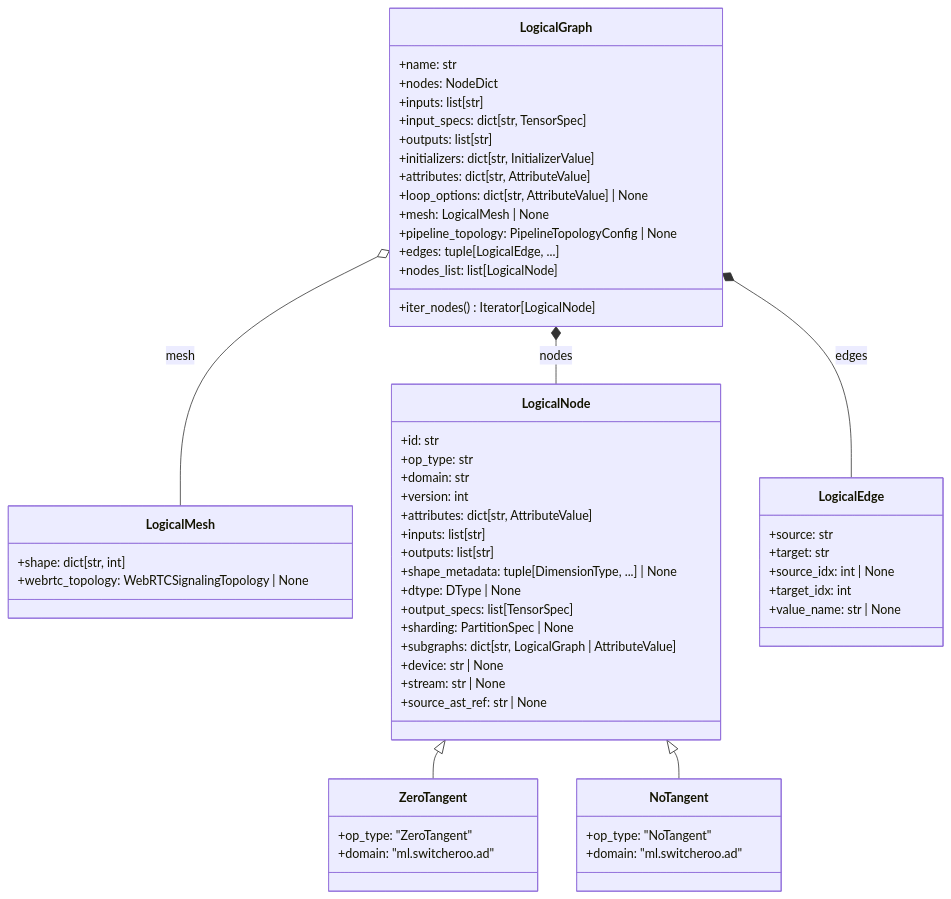
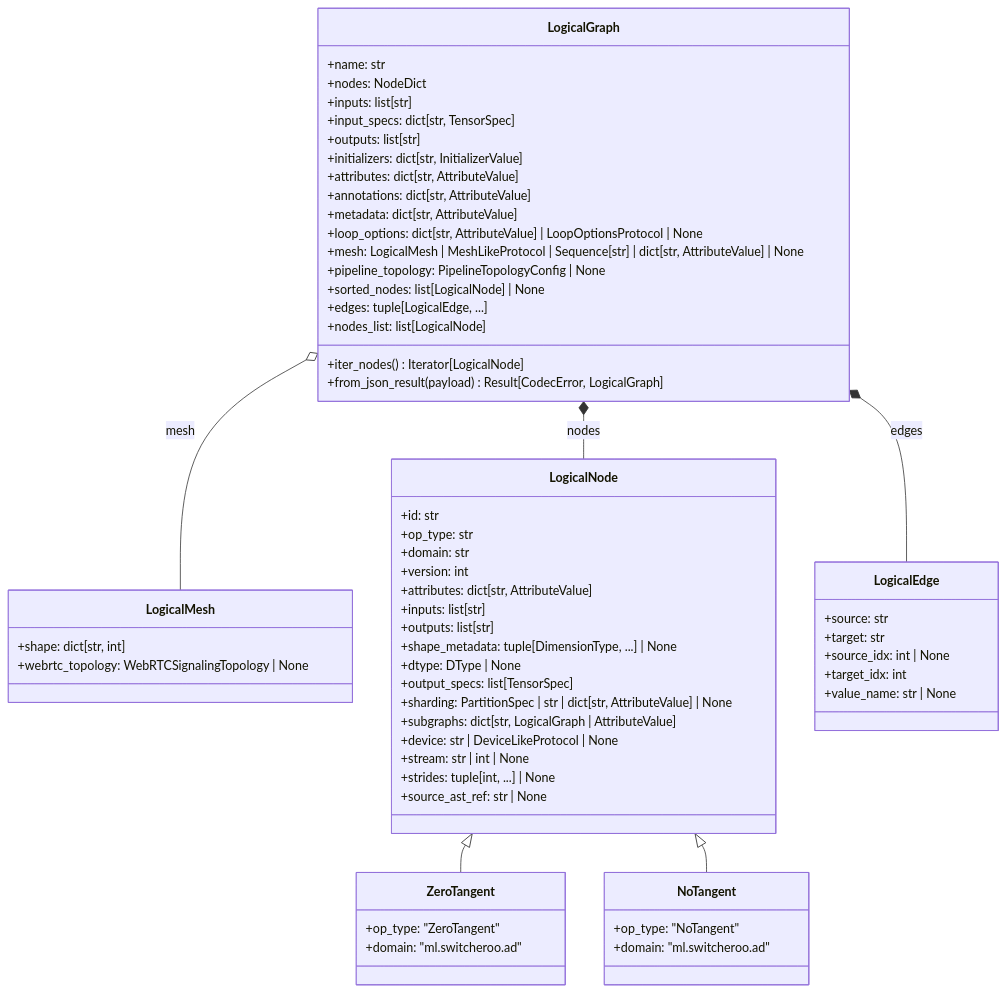
The third of 4 diagrams in ARCHITECTURE.md (SamuelMarks/ml-switcheroo-ir), drawn with Mermaid before and after one commit. The commit also changed other lines of this file and 47 other files, not shown here.

````diff
--- a/ARCHITECTURE.md
+++ b/ARCHITECTURE.md
@@ -160,67 +160,72 @@
 ```mermaid
 classDiagram
     direction TB
 
     class LogicalMesh {
         +shape: dict[str, int]
         +webrtc_topology: WebRTCSignalingTopology | None
     }
 
     class LogicalGraph {
         +name: str
         +nodes: NodeDict
         +inputs: list[str]
         +input_specs: dict[str, TensorSpec]
         +outputs: list[str]
         +initializers: dict[str, InitializerValue]
         +attributes: dict[str, AttributeValue]
-        +loop_options: dict[str, AttributeValue] | None
-        +mesh: LogicalMesh | None
+        +annotations: dict[str, AttributeValue]
+        +metadata: dict[str, AttributeValue]
+        +loop_options: dict[str, AttributeValue] | LoopOptionsProtocol | None
+        +mesh: LogicalMesh | MeshLikeProtocol | Sequence[str] | dict[str, AttributeValue] | None
         +pipeline_topology: PipelineTopologyConfig | None
+        +sorted_nodes: list[LogicalNode] | None
         +edges: tuple[LogicalEdge, ...]
         +nodes_list: list[LogicalNode]
         +iter_nodes() Iterator[LogicalNode]
+        +from_json_result(payload) Result[CodecError, LogicalGraph]
     }
 
     class LogicalNode {
         +id: str
         +op_type: str
         +domain: str
         +version: int
         +attributes: dict[str, AttributeValue]
         +inputs: list[str]
         +outputs: list[str]
         +shape_metadata: tuple[DimensionType, ...] | None
         +dtype: DType | None
         +output_specs: list[TensorSpec]
-        +sharding: PartitionSpec | None
+        +sharding: PartitionSpec | str | dict[str, AttributeValue] | None
         +subgraphs: dict[str, LogicalGraph | AttributeValue]
-        +device: str | None
-        +stream: str | None
+        +device: str | DeviceLikeProtocol | None
+        +stream: str | int | None
+        +strides: tuple[int, ...] | None
         +source_ast_ref: str | None
     }
 
     class ZeroTangent {
         +op_type: "ZeroTangent"
         +domain: "ml.switcheroo.ad"
     }
 
     class NoTangent {
         +op_type: "NoTangent"
         +domain: "ml.switcheroo.ad"
     }
 
     class LogicalEdge {
         +source: str
         +target: str
         +source_idx: int | None
         +target_idx: int
         +value_name: str | None
     }
 
     LogicalGraph o-- LogicalMesh : mesh
     LogicalGraph *-- LogicalNode : nodes
     LogicalGraph *-- LogicalEdge : edges
     LogicalNode <|-- ZeroTangent
     LogicalNode <|-- NoTangent
 ```
````
